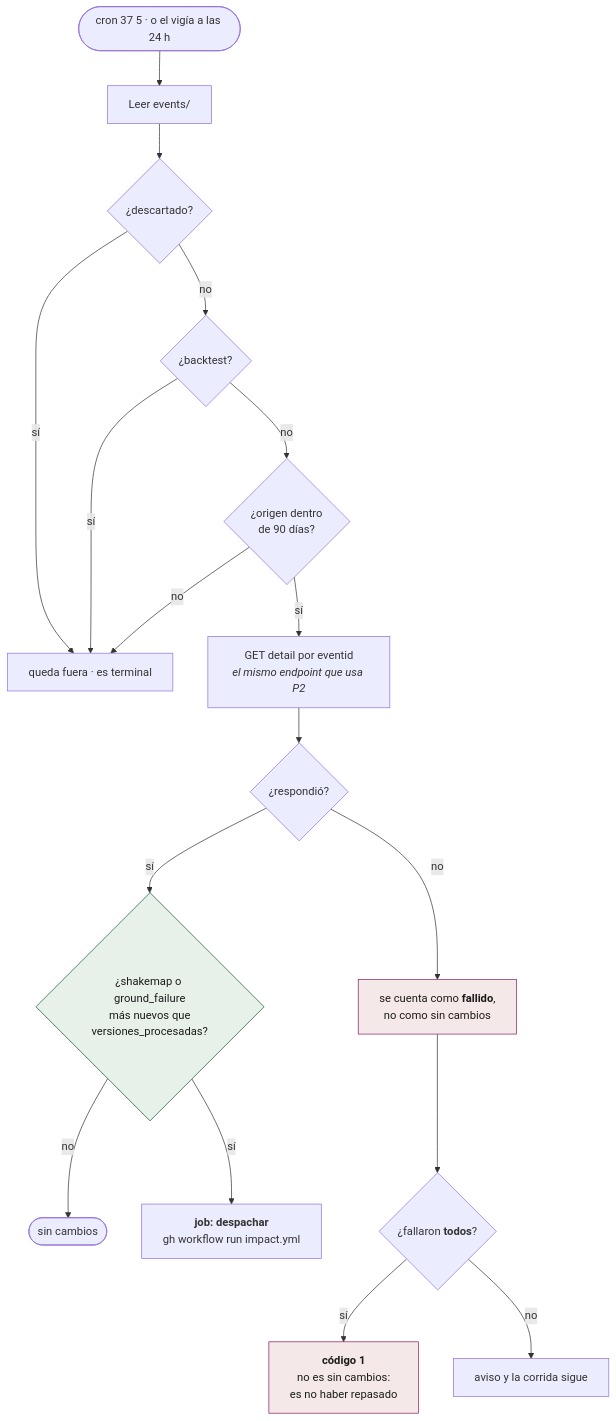
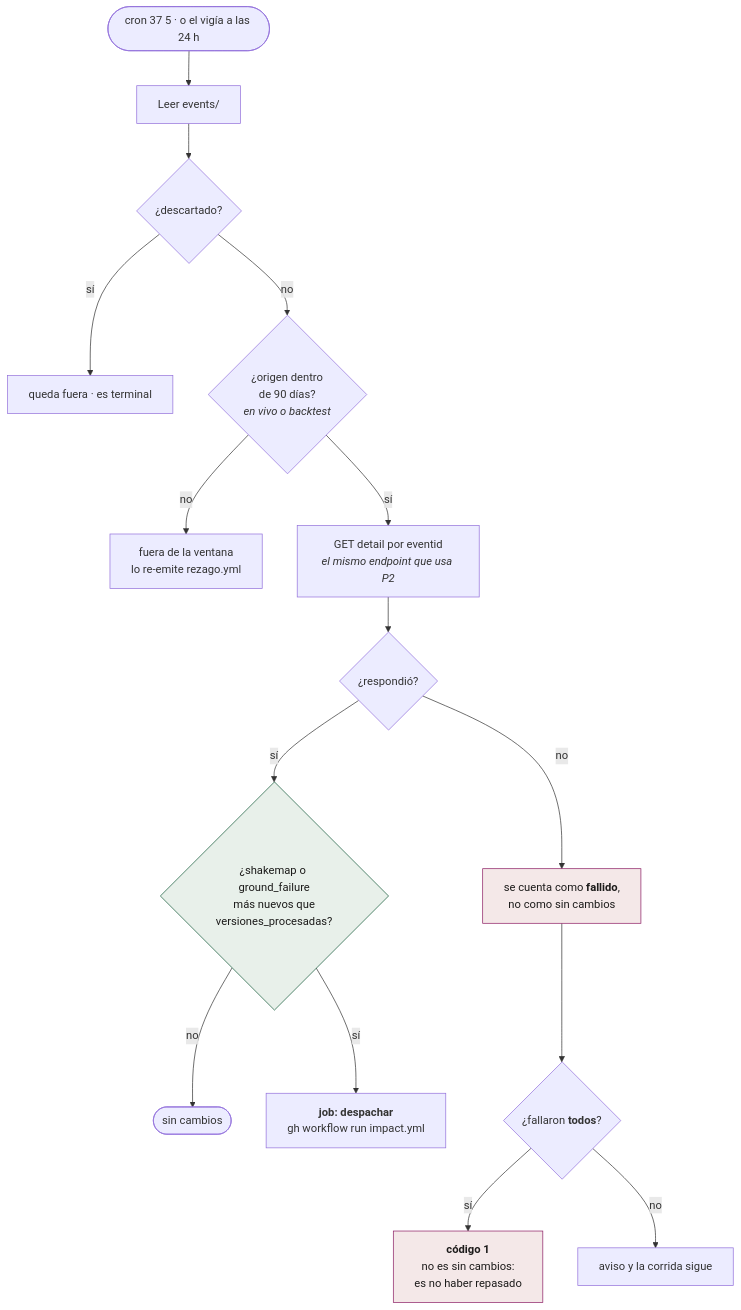
The seventh of 14 diagrams in docs/acciones/por-reloj.md (sforero77/CENTINELA), drawn with Mermaid before and after one commit. The commit also changed other lines of this file and 12 other files, not shown here.

````diff
--- a/docs/acciones/por-reloj.md
+++ b/docs/acciones/por-reloj.md
@@ -285,27 +285,25 @@
 ```mermaid
 flowchart TB
   R(["cron 37 5 · o el vigía a las 24 h"]) --> LEE["Leer events/"]
 
   LEE --> F1{"¿descartado?"}
   F1 -->|sí| FUERA["queda fuera · es terminal"]
-  F1 -->|no| F2{"¿backtest?"}
-  F2 -->|sí| FUERA
-  F2 -->|no| F3{"¿origen dentro<br/>de 90 días?"}
-  F3 -->|no| FUERA
+  F1 -->|no| F3{"¿origen dentro<br/>de 90 días?<br/><i>en vivo o backtest</i>"}
+  F3 -->|no| REZ["fuera de la ventana<br/>lo re-emite rezago.yml"]
   F3 -->|sí| PIDE["GET detail por eventid<br/><i>el mismo endpoint que usa P2</i>"]
 
   PIDE --> RED{"¿respondió?"}
   RED -->|no| FALLIDO["se cuenta como <b>fallido</b>,<br/>no como sin cambios"]
   RED -->|sí| CMP{"¿shakemap o ground_failure<br/>más nuevos que<br/>versiones_procesadas?"}
 
   CMP -->|no| NADA(["sin cambios"])
   CMP -->|sí| DESP["<b>job: despachar</b><br/>gh workflow run impact.yml"]
 
   FALLIDO --> TODOS{"¿fallaron <b>todos</b>?"}
   TODOS -->|sí| C1["<b>código 1</b><br/>no es sin cambios:<br/>es no haber repasado"]
   TODOS -->|no| SIGUE["aviso y la corrida sigue"]
 
   style CMP fill:#e8f0ea,stroke:#0f5636,color:#1c1b1a
   style C1 fill:#f4e8e8,stroke:#8c1d64,color:#1c1b1a
   style FALLIDO fill:#f4e8e8,stroke:#8c1d64,color:#1c1b1a
 ```
````
